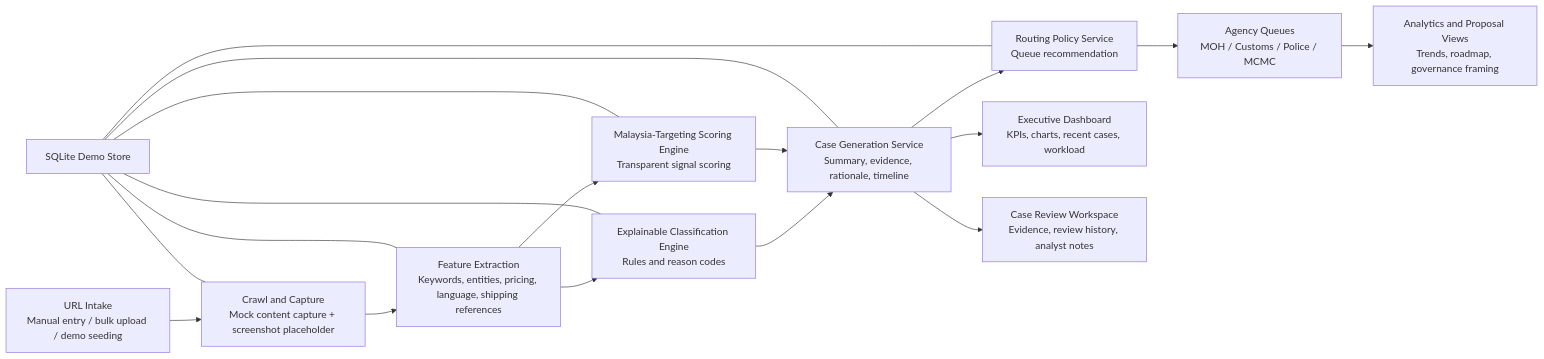
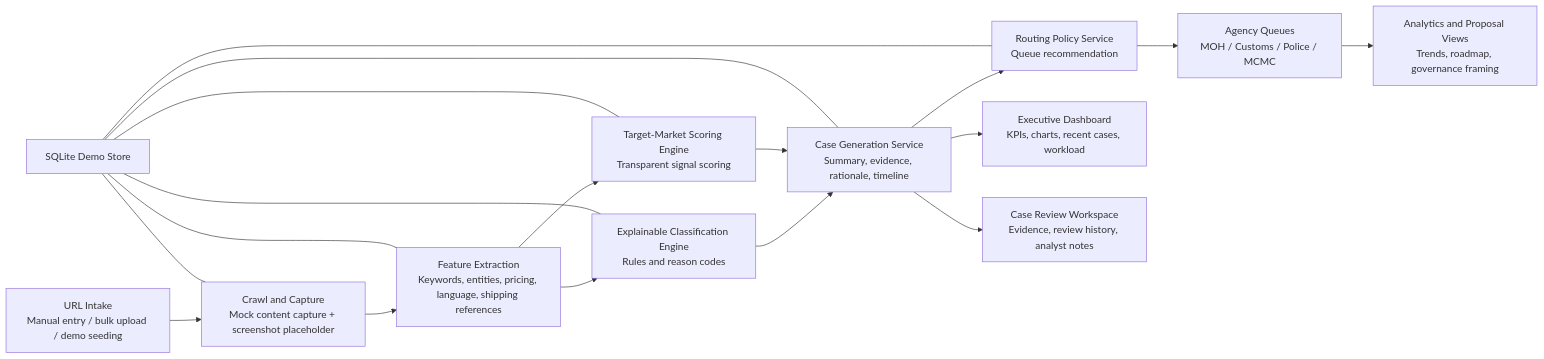
The diagram in docs/architecture.md (dharmiclink/web-intelligence-demo), drawn with Mermaid before and after one commit. The commit also changed other lines of this file and 91 other files, not shown here.

````diff
--- a/docs/architecture.md
+++ b/docs/architecture.md
@@ -3,20 +3,20 @@
 ```mermaid
 flowchart LR
     A["URL Intake<br/>Manual entry / bulk upload / demo seeding"] --> B["Crawl and Capture<br/>Mock content capture + screenshot placeholder"]
     B --> C["Feature Extraction<br/>Keywords, entities, pricing, language, shipping references"]
     C --> D["Explainable Classification Engine<br/>Rules and reason codes"]
-    C --> E["Malaysia-Targeting Scoring Engine<br/>Transparent signal scoring"]
+    C --> E["Target-Market Scoring Engine<br/>Transparent signal scoring"]
     D --> F["Case Generation Service<br/>Summary, evidence, rationale, timeline"]
     E --> F
     F --> G["Routing Policy Service<br/>Queue recommendation"]
     G --> H["Agency Queues<br/>MOH / Customs / Police / MCMC"]
     F --> I["Executive Dashboard<br/>KPIs, charts, recent cases, workload"]
     F --> J["Case Review Workspace<br/>Evidence, review history, analyst notes"]
     H --> K["Analytics and Proposal Views<br/>Trends, roadmap, governance framing"]
     L["SQLite Demo Store"] --- B
     L --- C
     L --- D
     L --- E
     L --- F
     L --- G
 ```
````
